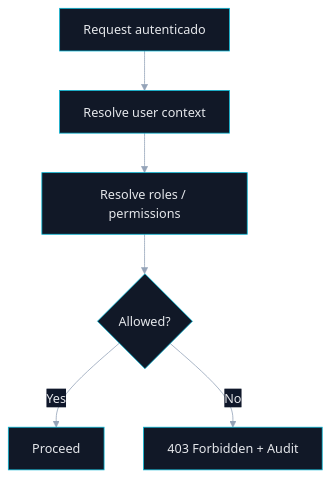
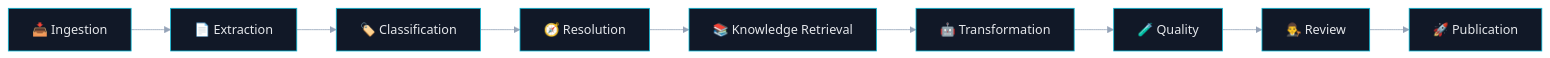
The seventh of 7 diagrams in README.md (matheusdiamantino-betalent/IA), drawn with Mermaid before and after one commit. The commit also changed other lines of this file, not shown here.

````diff
--- a/README.md
+++ b/README.md
@@ -803,22 +1010,25 @@
 ```mermaid
 %%{init: {
   "theme": "base",
   "themeVariables": {
     "background": "#0b1220",
     "primaryColor": "#111827",
     "primaryTextColor": "#e5e7eb",
     "primaryBorderColor": "#06b6d4",
     "secondaryColor": "#0f172a",
     "secondaryTextColor": "#e5e7eb",
     "tertiaryColor": "#111827",
     "tertiaryTextColor": "#e5e7eb",
     "lineColor": "#94a3b8"
   }
 }}%%
-flowchart TD
-    A["Request autenticado"] --> B["Resolve user context"]
-    B --> C["Resolve roles / permissions"]
-    C --> D{"Allowed?"}
-    D -- "Yes" --> E["Proceed"]
-    D -- "No" --> F["403 Forbidden + Audit"]
+flowchart LR
+    A["📥 Ingestion"] --> B["📄 Extraction"]
+    B --> C["🏷️ Classification"]
+    C --> D["🧭 Resolution"]
+    D --> E["📚 Knowledge Retrieval"]
+    E --> F["🤖 Transformation"]
+    F --> G["🧪 Quality"]
+    G --> H["👨‍⚖️ Review"]
+    H --> I["🚀 Publication"]
 ```
````
